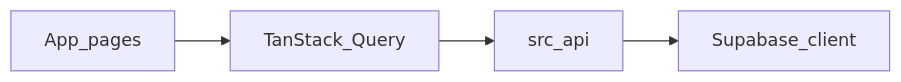
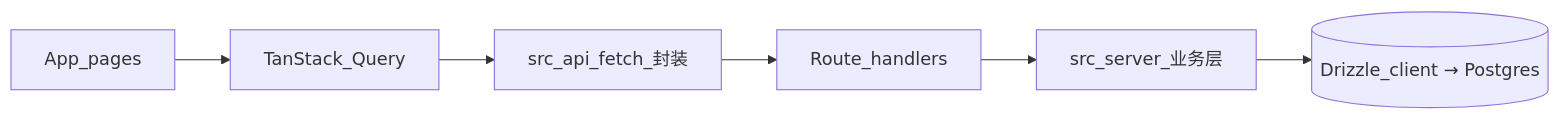
One commit to PrainLopez/noticount changed the diagram in AGENTS.md. Above: the diagram before and after it, drawn with Mermaid. The commit also changed other lines of this file and 33 other files, not shown here.

````diff
--- a/AGENTS.md
+++ b/AGENTS.md
@@ -92,10 +111,10 @@
 ```mermaid
 flowchart LR
   pages[App_pages]
   rq[TanStack_Query]
-  api[src_api]
-  sb[Supabase_client]
-  pages --> rq
-  rq --> api
-  api --> sb
+  api[src_api_fetch_封装]
+  rh[Route_handlers]
+  svc[src_server_业务层]
+  db[(Drizzle_client → Postgres)]
+  pages --> rq --> api --> rh --> svc --> db
 ```
````
